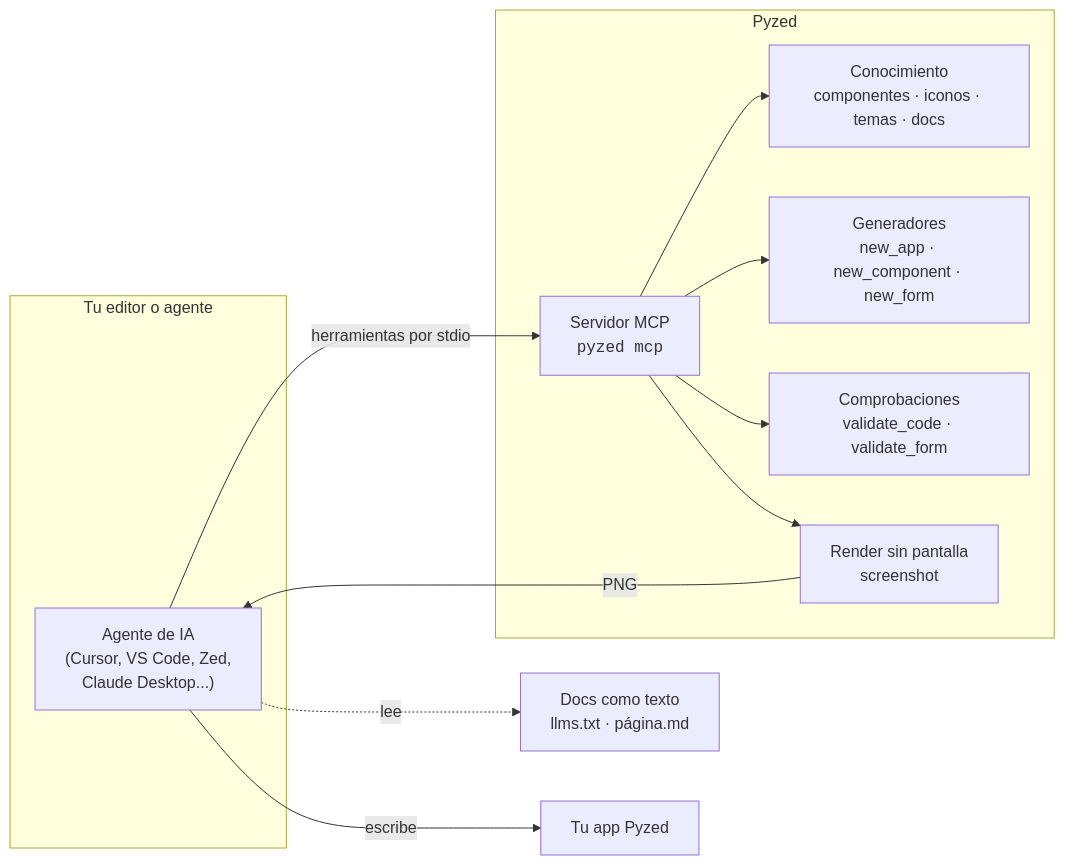
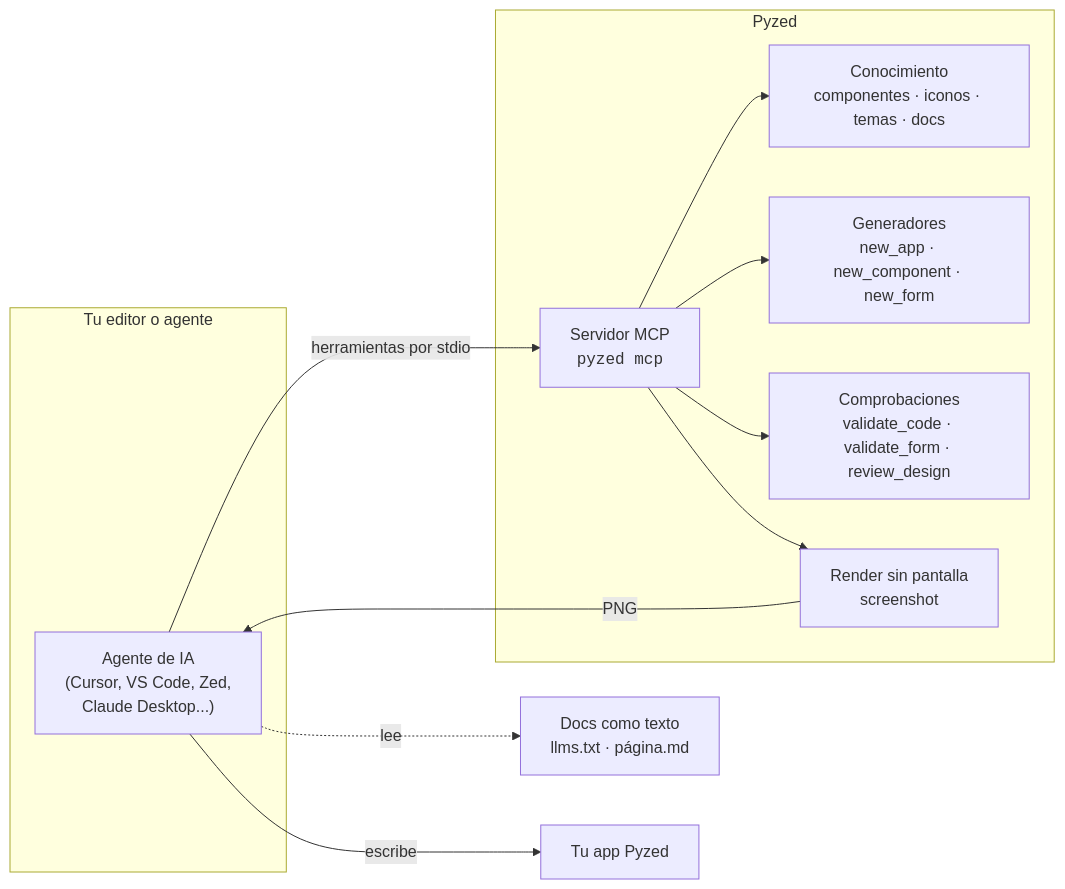
The diagram in docs/src/content/docs/es/ai/index.md (albakore/pyzed), drawn with Mermaid before and after one commit. The commit also changed other lines of this file and 135 other files, not shown here.

````diff
--- a/docs/src/content/docs/es/ai/index.md
+++ b/docs/src/content/docs/es/ai/index.md
@@ -26,19 +26,19 @@
 ```mermaid
 flowchart LR
     subgraph You["Tu editor o agente"]
         A["Agente de IA<br/>(Cursor, VS Code, Zed,<br/>Claude Desktop...)"]
     end
     subgraph Pyzed["Pyzed"]
         M["Servidor MCP<br/><code>pyzed mcp</code>"]
         K["Conocimiento<br/>componentes · iconos · temas · docs"]
         G["Generadores<br/>new_app · new_component · new_form"]
-        V["Comprobaciones<br/>validate_code · validate_form"]
+        V["Comprobaciones<br/>validate_code · validate_form · review_design"]
         S["Render sin pantalla<br/>screenshot"]
     end
     D["Docs como texto<br/>llms.txt · página.md"]
     A -- "herramientas por stdio" --> M
     M --> K & G & V & S
     A -. "lee" .-> D
     S -- "PNG" --> A
     A -- "escribe" --> P["Tu app Pyzed"]
 ```
````
